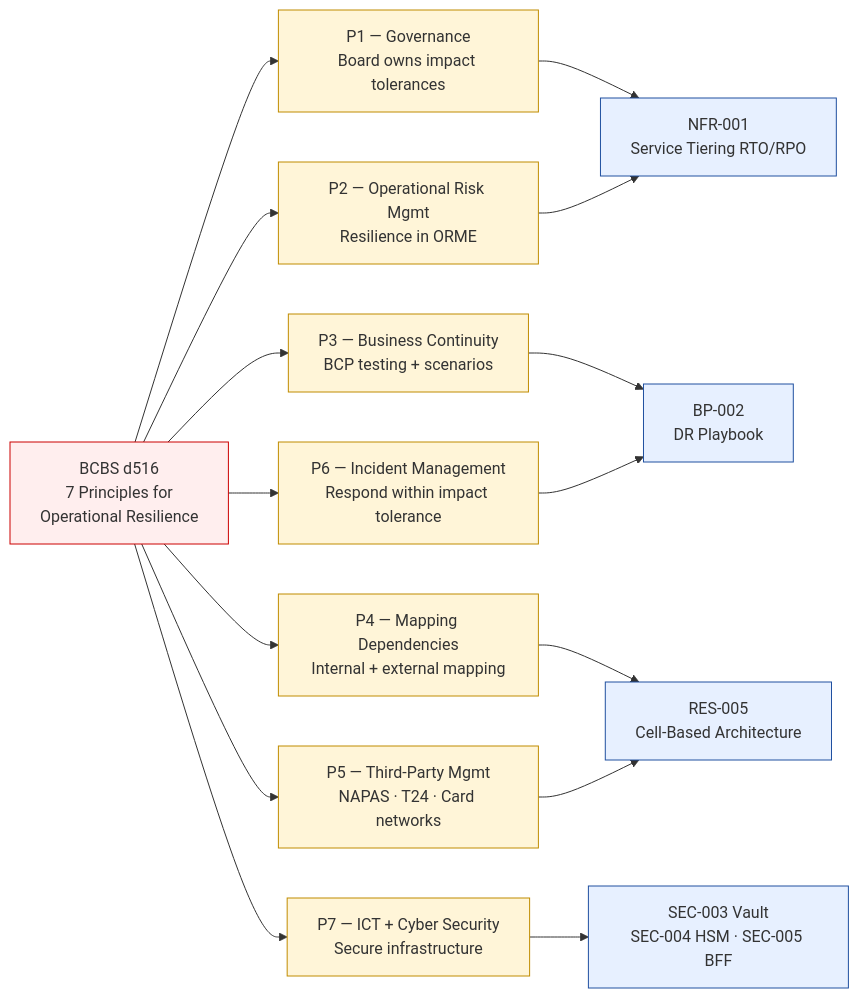
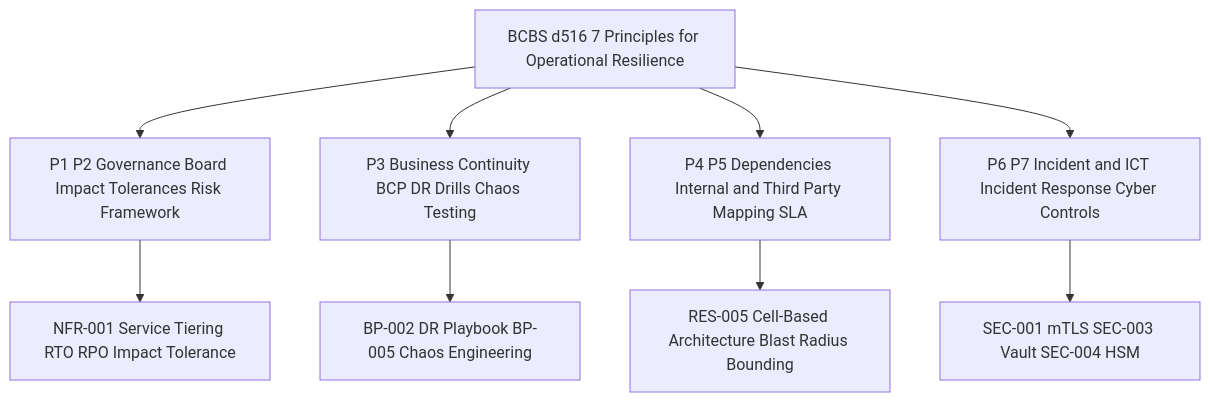
One commit to simbataisa/arch-as-code changed the diagram in knowledge-base/compliance/basel-bcbs-230.md. Above: the diagram before and after it, drawn with Mermaid. The commit also changed other lines of this file, not shown here.

First line of the commit message:
feat(catalog): COMP-006 BCBS 230 Operational Resilience Deep Dive — Wave 5D

````diff
--- a/knowledge-base/compliance/basel-bcbs-230.md
+++ b/knowledge-base/compliance/basel-bcbs-230.md
@@ -17,29 +37,11 @@
 ```mermaid
-graph LR
-    BCBS["BCBS d516<br/>7 Principles for<br/>Operational Resilience"]
-    P1["P1 — Governance<br/>Board owns impact tolerances"]
-    P2["P2 — Operational Risk Mgmt<br/>Resilience in ORME"]
-    P3["P3 — Business Continuity<br/>BCP testing + scenarios"]
-    P4["P4 — Mapping Dependencies<br/>Internal + external mapping"]
-    P5["P5 — Third-Party Mgmt<br/>NAPAS · T24 · Card networks"]
-    P6["P6 — Incident Management<br/>Respond within impact tolerance"]
-    P7["P7 — ICT + Cyber Security<br/>Secure infrastructure"]
-    NFR001["NFR-001<br/>Service Tiering RTO/RPO"]
-    BP002["BP-002<br/>DR Playbook"]
-    RES005["RES-005<br/>Cell-Based Architecture"]
-    SEC003["SEC-003 Vault<br/>SEC-004 HSM · SEC-005 BFF"]
-    BCBS --> P1 & P2 & P3 & P4 & P5 & P6 & P7
-    P1 --> NFR001
-    P2 --> NFR001
-    P3 --> BP002
-    P4 --> RES005
-    P5 --> RES005
-    P6 --> BP002
-    P7 --> SEC003
-    classDef reg fill:#fee,stroke:#c00
-    classDef principle fill:#fff5d8,stroke:#c08c00
-    classDef catalog fill:#e7f0ff,stroke:#2050a0
-    class BCBS reg
-    class P1,P2,P3,P4,P5,P6,P7 principle
-    class NFR001,BP002,RES005,SEC003 catalog
+flowchart TD
+    BCBS[BCBS d516 7 Principles for Operational Resilience] --> P1P2[P1 P2 Governance Board Impact Tolerances Risk Framework]
+    BCBS --> P3[P3 Business Continuity BCP DR Drills Chaos Testing]
+    BCBS --> P4P5[P4 P5 Dependencies Internal and Third Party Mapping SLA]
+    BCBS --> P6P7[P6 P7 Incident and ICT Incident Response Cyber Controls]
+    P1P2 --> NFR[NFR-001 Service Tiering RTO RPO Impact Tolerance]
+    P3 --> BCP[BP-002 DR Playbook BP-005 Chaos Engineering]
+    P4P5 --> RES[RES-005 Cell-Based Architecture Blast Radius Bounding]
+    P6P7 --> SEC[SEC-001 mTLS SEC-003 Vault SEC-004 HSM]
 ```
````
